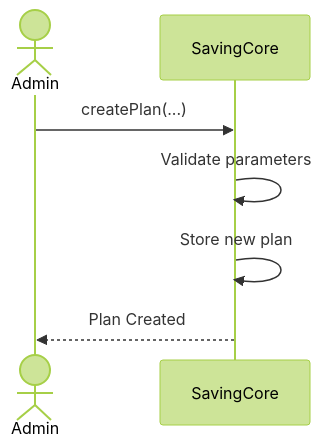
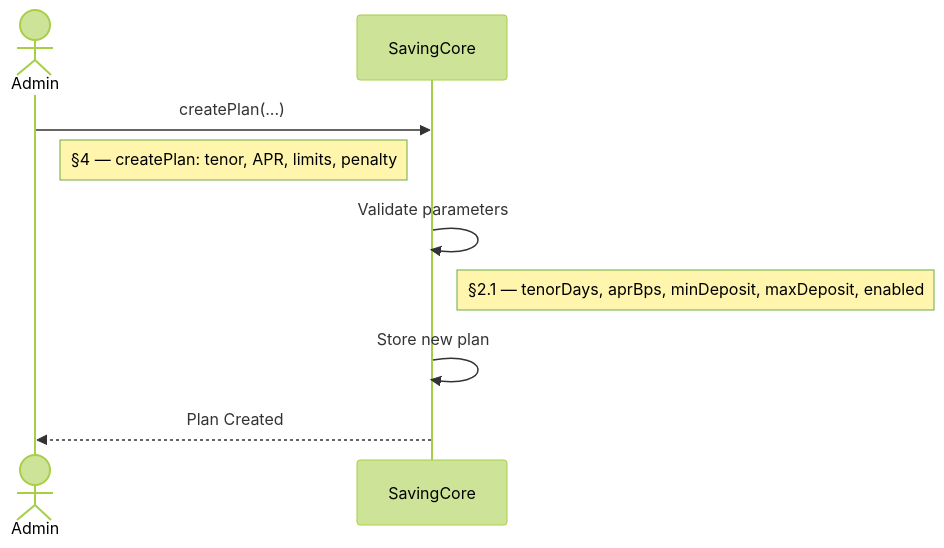
The fifth of 6 diagrams in docs/sequence-diagram.md (yang-sin-pal/AC_BlockChain_Online_Saving), drawn with Mermaid (forest theme) before and after one commit. The commit also changed other lines of this file, not shown here.

Commit message:
fix: enhance sequence diagrams with detailed notes for deposit, withdrawal, and renewal processes

````diff
--- a/docs/sequence-diagram.md
+++ b/docs/sequence-diagram.md
@@ -103,12 +144,15 @@
 ```mermaid
 sequenceDiagram
     actor Admin
     participant Core as SavingCore
 
     Admin->>Core: createPlan(...)
+    Note right of Admin: §4 — createPlan: tenor, APR, limits, penalty
 
     Core->>Core: Validate parameters
+    Note right of Core: §2.1 — tenorDays, aprBps, minDeposit, maxDeposit, enabled
+
     Core->>Core: Store new plan
 
     Core-->>Admin: Plan Created
 ```
````
